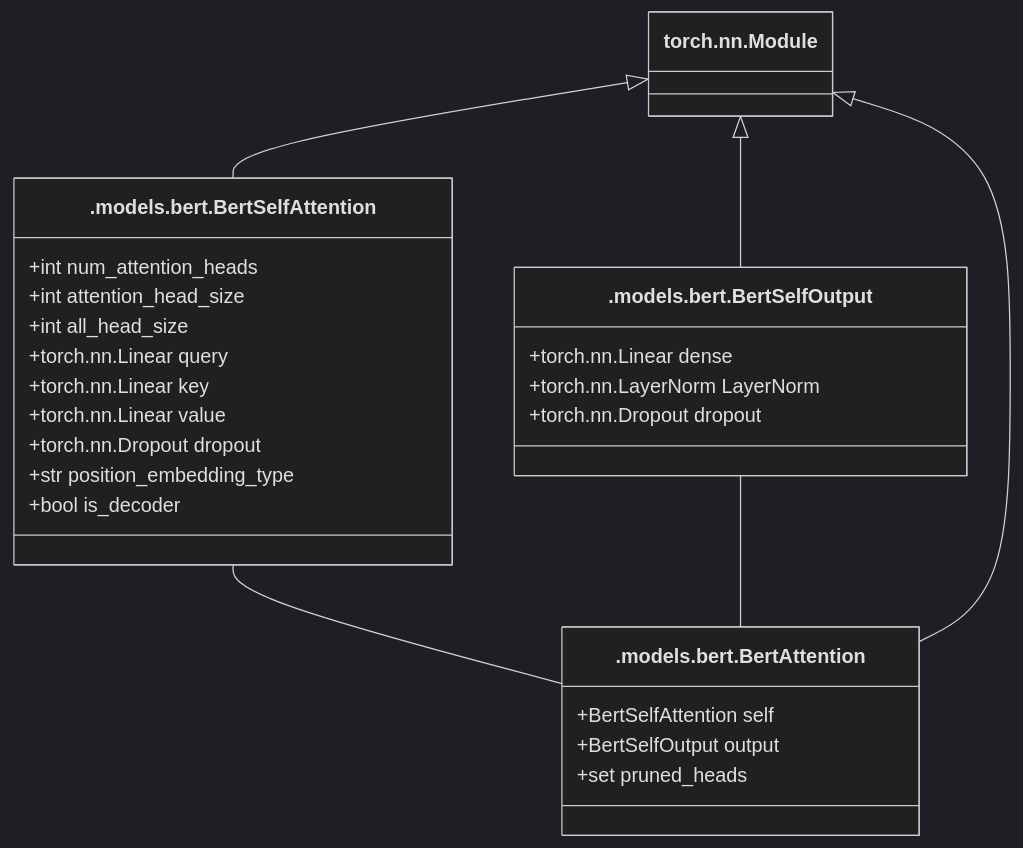
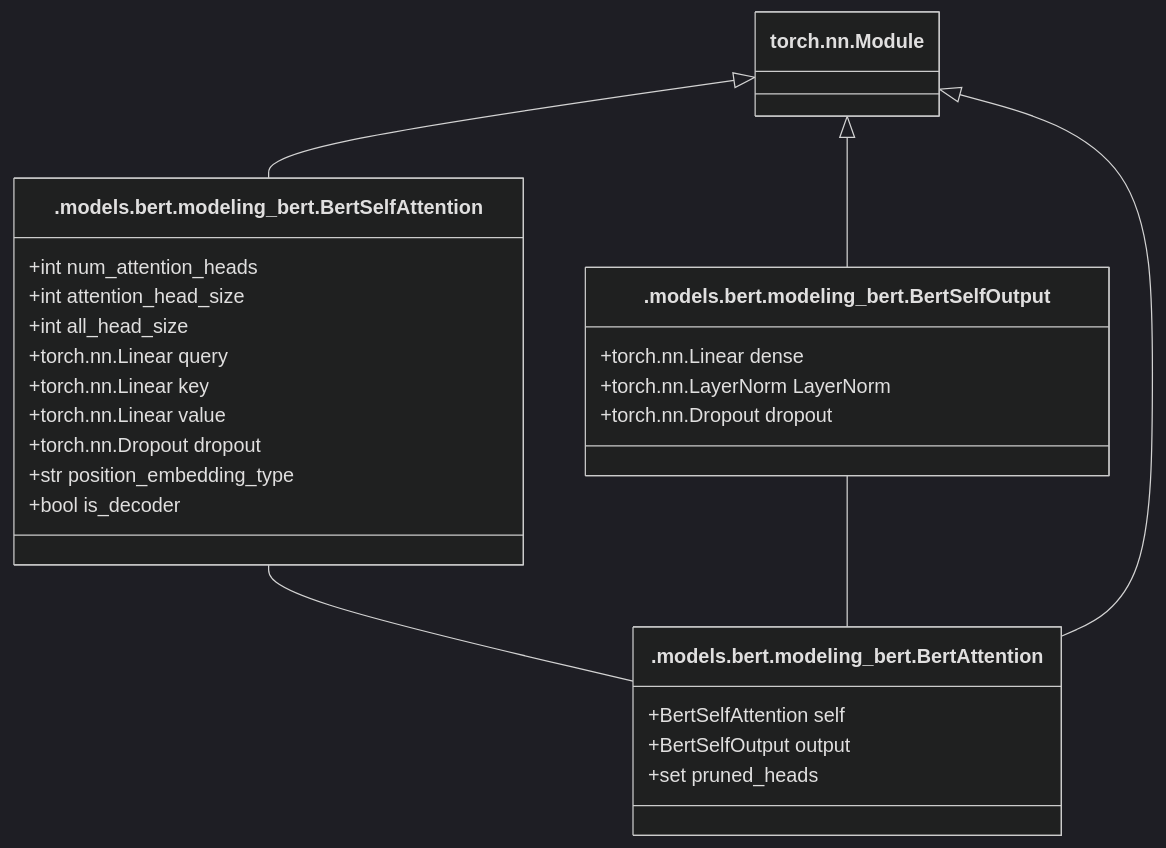
Before and after one commit to coba-yu/transformers-from-pytorch: the fifth of 11 diagrams in BERT.md, drawn with Mermaid (dark theme). The commit also changed other lines of this file, not shown here.

First line of the commit message:
Update BERT.md

````diff
--- a/BERT.md
+++ b/BERT.md
@@ -231,31 +233,31 @@
 ```mermaid
 classDiagram
   class Module["torch.nn.Module"]
-  class BertAttention[".models.bert.BertAttention"] {
+  class BertAttention[".models.bert.modeling_bert.BertAttention"] {
     +BertSelfAttention self
     +BertSelfOutput output
     +set pruned_heads 
   }
-  class BertSelfAttention[".models.bert.BertSelfAttention"] {
+  class BertSelfAttention[".models.bert.modeling_bert.BertSelfAttention"] {
     +int num_attention_heads
     +int attention_head_size
     +int all_head_size
     +torch.nn.Linear query
     +torch.nn.Linear key
     +torch.nn.Linear value
     +torch.nn.Dropout dropout
     +str position_embedding_type
     +bool is_decoder
   }
-  class BertSelfOutput[".models.bert.BertSelfOutput"] {
+  class BertSelfOutput[".models.bert.modeling_bert.BertSelfOutput"] {
     +torch.nn.Linear dense
     +torch.nn.LayerNorm LayerNorm
     +torch.nn.Dropout dropout
   }
 
   BertSelfAttention -- BertAttention
   BertSelfOutput -- BertAttention
   Module <|-- BertAttention
   Module <|-- BertSelfAttention
   Module <|-- BertSelfOutput
 ```
````
